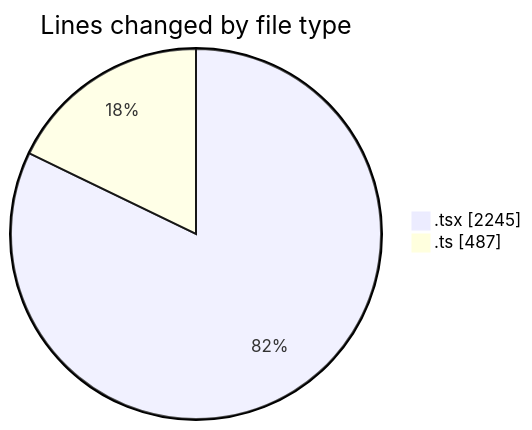
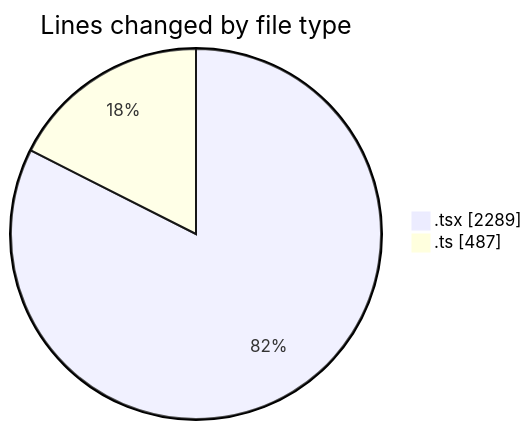
Before and after one commit to nxtqubesakshisongat/code-tracking: the first of 2 diagrams in 2026-03-31/nxtqube_webapp/README.md, drawn with Mermaid. The commit also changed other lines of this file and 1 other file, not shown here.

````diff
--- a/2026-03-31/nxtqube_webapp/README.md
+++ b/2026-03-31/nxtqube_webapp/README.md
@@ -23,6 +23,6 @@
 ```mermaid
 pie showData
 title Lines changed by file type
-".tsx" : 2245
+".tsx" : 2289
 ".ts" : 487
 ```
````
